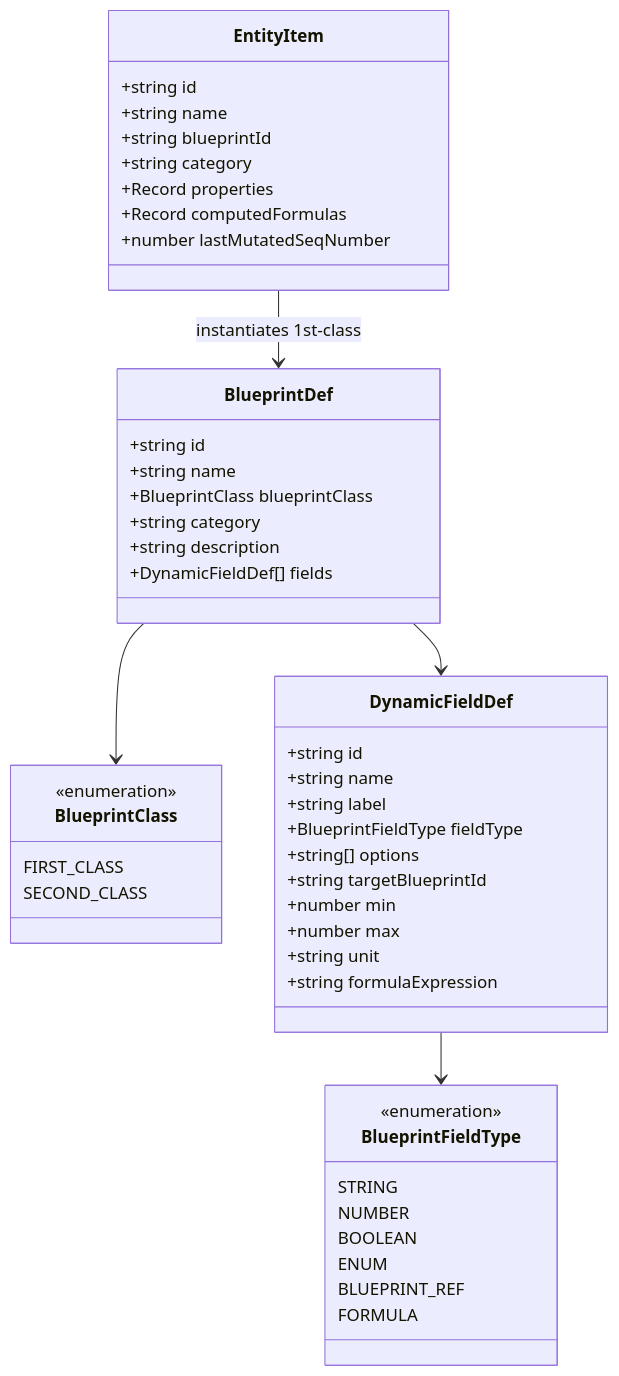
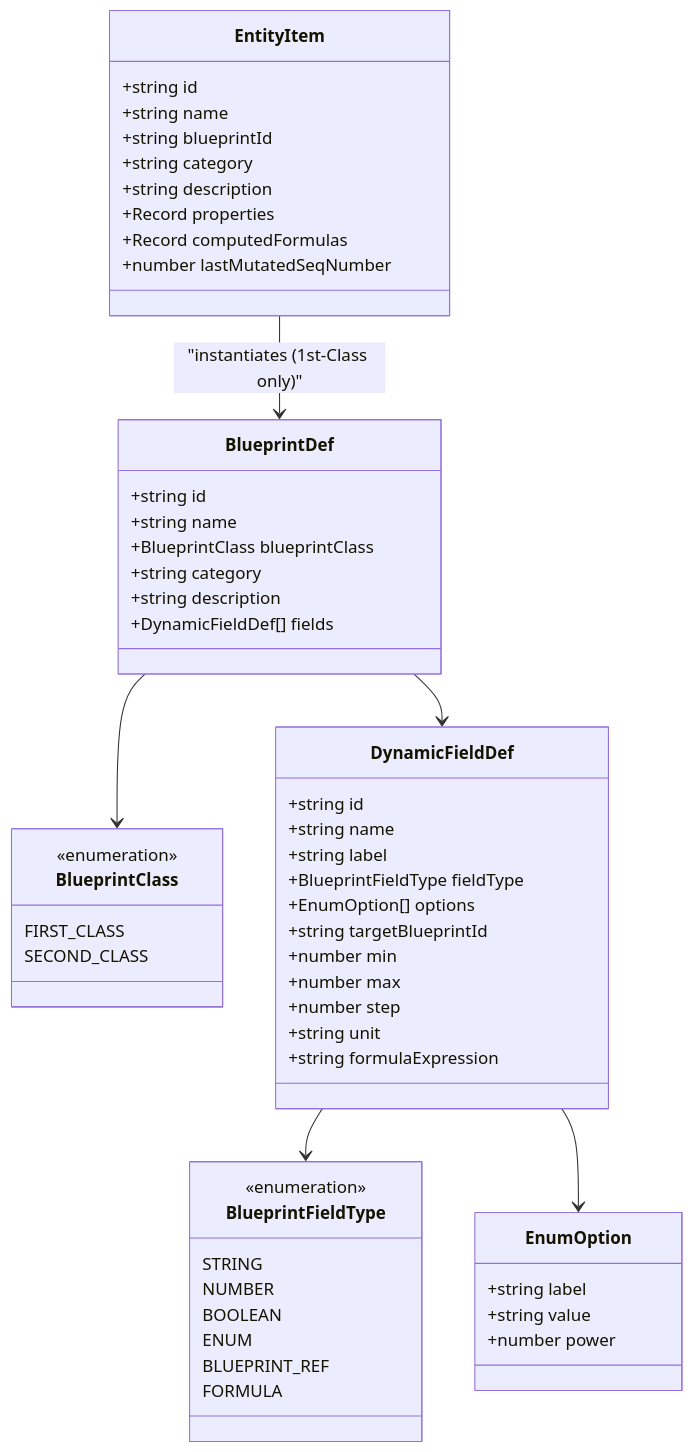
One commit to Yogesh-Kumar-Mallik-dev/NovWrite changed the second of 3 diagrams in docs/FRONTEND_ARCHITECTURE.md. Above: the diagram before and after it, drawn with Mermaid. The commit also changed other lines of this file and 5 other files, not shown here.

Commit message:
docs: update comprehensive architecture specifications for frontend, backend, and database revamp

````diff
--- a/docs/FRONTEND_ARCHITECTURE.md
+++ b/docs/FRONTEND_ARCHITECTURE.md
@@ -67,55 +69,64 @@
 ```mermaid
 classDiagram
     class BlueprintDef {
         +string id
         +string name
         +BlueprintClass blueprintClass
         +string category
         +string description
         +DynamicFieldDef[] fields
     }
 
     class BlueprintClass {
         <<enumeration>>
         FIRST_CLASS
         SECOND_CLASS
     }
 
     class DynamicFieldDef {
         +string id
         +string name
         +string label
         +BlueprintFieldType fieldType
-        +string[] options
+        +EnumOption[] options
         +string targetBlueprintId
         +number min
         +number max
+        +number step
         +string unit
         +string formulaExpression
+    }
+
+    class EnumOption {
+        +string label
+        +string value
+        +number power
     }
 
     class BlueprintFieldType {
         <<enumeration>>
         STRING
         NUMBER
         BOOLEAN
         ENUM
         BLUEPRINT_REF
         FORMULA
     }
 
     class EntityItem {
         +string id
         +string name
         +string blueprintId
         +string category
+        +string description
         +Record properties
         +Record computedFormulas
         +number lastMutatedSeqNumber
     }
 
     BlueprintDef --> BlueprintClass
     BlueprintDef --> DynamicFieldDef
     DynamicFieldDef --> BlueprintFieldType
-    EntityItem --> BlueprintDef : instantiates 1st-class
+    DynamicFieldDef --> EnumOption
+    EntityItem --> BlueprintDef : "instantiates (1st-Class only)"
 ```
````
